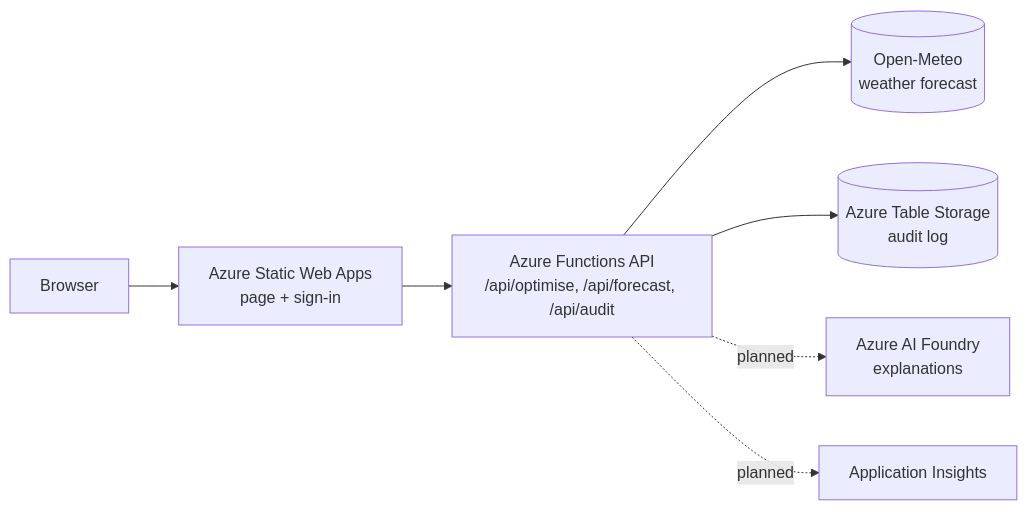
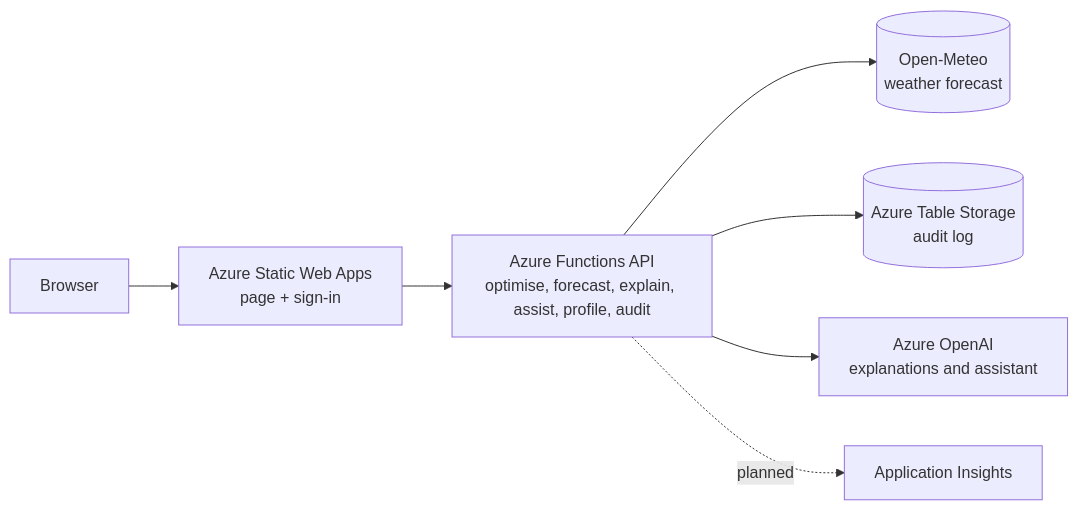
The diagram in README.md (Gohn905/AI4), drawn with Mermaid before and after one commit. The commit also changed other lines of this file, not shown here.

````diff
--- a/README.md
+++ b/README.md
@@ -17,9 +19,9 @@
 ```mermaid
 flowchart LR
   U[Browser] --> SWA[Azure Static Web Apps<br/>page + sign-in]
-  SWA --> API[Azure Functions API<br/>/api/optimise, /api/forecast, /api/audit]
+  SWA --> API[Azure Functions API<br/>optimise, forecast, explain, assist, profile, audit]
   API --> OM[(Open-Meteo<br/>weather forecast)]
   API --> TS[(Azure Table Storage<br/>audit log)]
-  API -.planned.-> AI[Azure AI Foundry<br/>explanations]
+  API --> AI[Azure OpenAI<br/>explanations and assistant]
   API -.planned.-> AIN[Application Insights]
 ```
````
